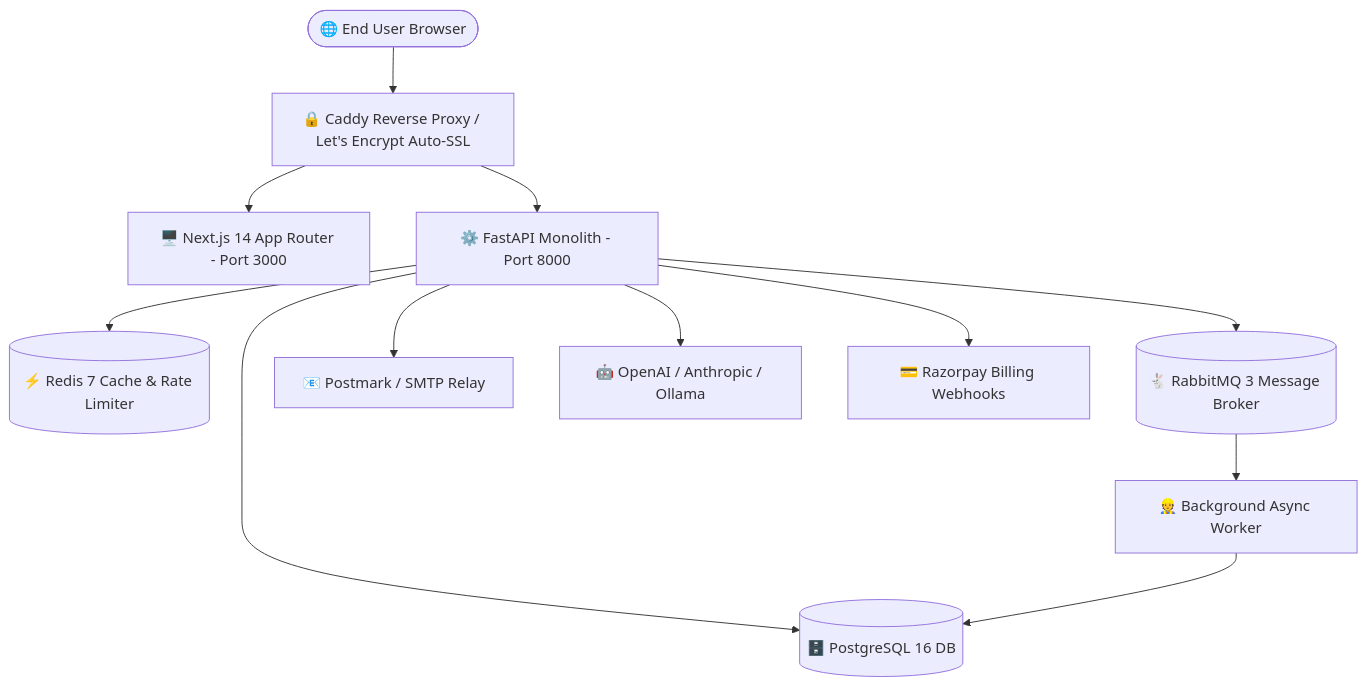
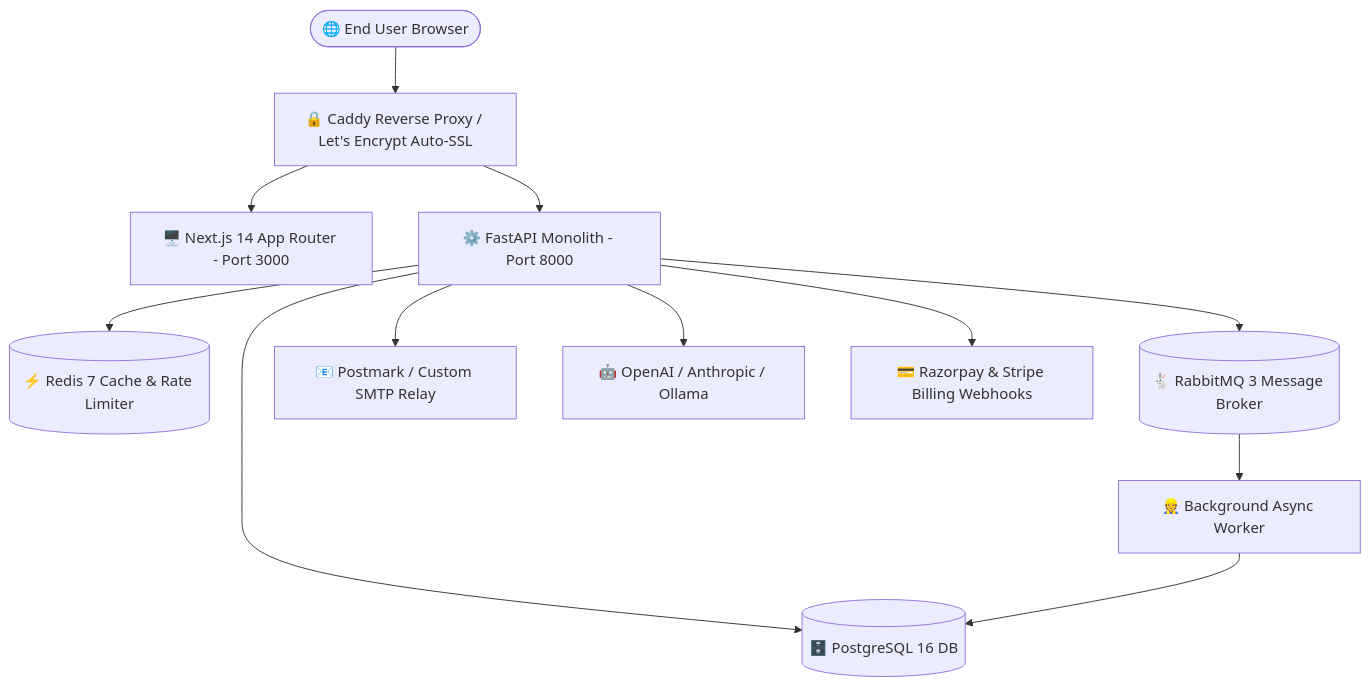
One commit to Itssushmasharma/growixa_project changed the second of 2 diagrams in README.md. Above: the diagram before and after it, drawn with Mermaid. The commit also changed other lines of this file, not shown here.

````diff
--- a/README.md
+++ b/README.md
@@ -70,18 +72,18 @@
 ```mermaid
 graph TD
     User([🌐 End User Browser]) --> Ingress[🔒 Caddy Reverse Proxy / Let's Encrypt Auto-SSL]
     
     Ingress --> Web[🖥️ Next.js 14 App Router - Port 3000]
     Ingress --> API[⚙️ FastAPI Monolith - Port 8000]
     
     API --> DB[(🗄️ PostgreSQL 16 DB)]
     API --> Redis[(⚡ Redis 7 Cache & Rate Limiter)]
     API --> RMQ[(🐇 RabbitMQ 3 Message Broker)]
     
     RMQ --> Worker[👷 Background Async Worker]
     Worker --> DB
     
-    API --> ExtMail[📧 Postmark / SMTP Relay]
+    API --> ExtMail[📧 Postmark / Custom SMTP Relay]
     API --> ExtAI[🤖 OpenAI / Anthropic / Ollama]
-    API --> ExtPay[💳 Razorpay Billing Webhooks]
+    API --> ExtPay[💳 Razorpay & Stripe Billing Webhooks]
 ```
````
